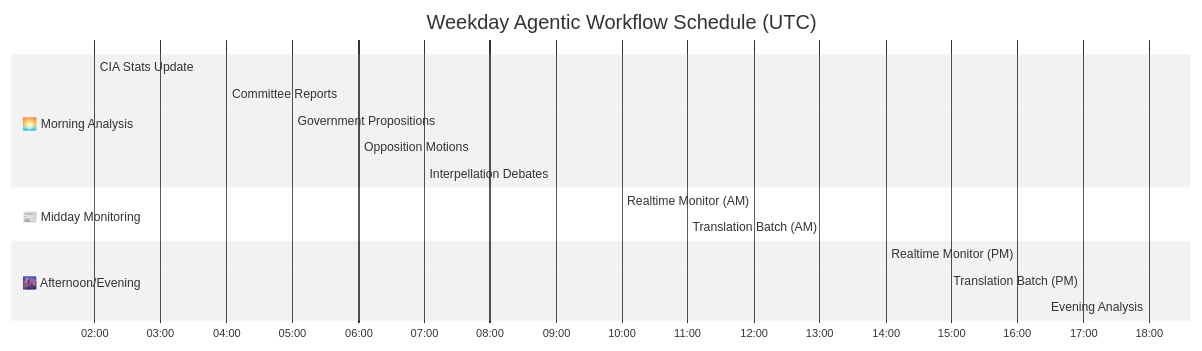
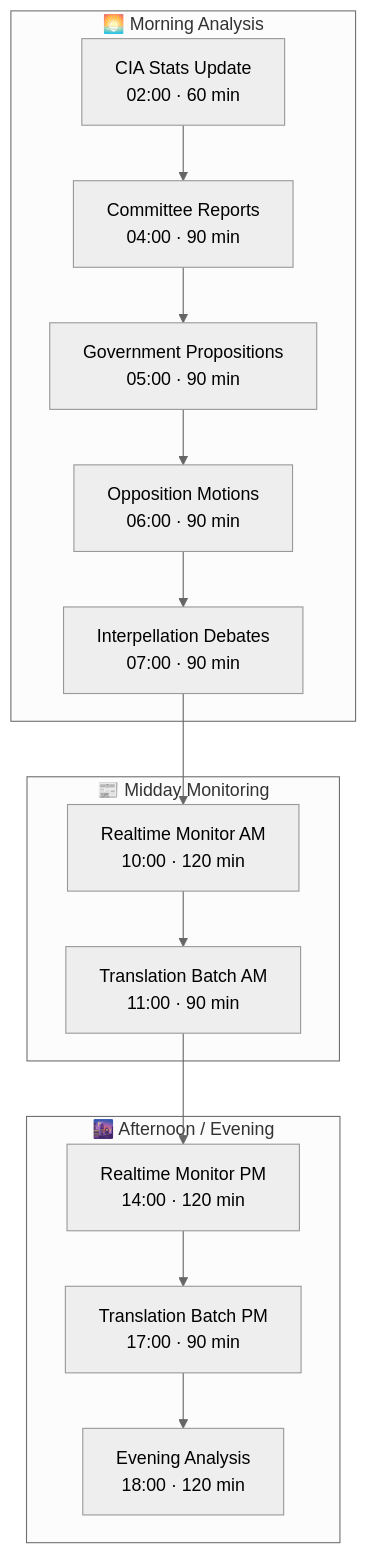
Before and after one commit to Hack23/riksdagsmonitor: the second of 13 diagrams in WORKFLOWS.md, drawn with Mermaid (neutral theme). The commit also changed 1 other file, not shown here.

Commit message:
Fix review round 5: align SOCIETAL IMPACT with canonical definition, convert Gantt to flowchart, fix prohibited patterns slugs
Agent-Logs-Url: https://github.com/Hack23/riksdagsmonitor/sessions/453e7a11-7855-4c96-903e-50bbf9cf5d83

````diff
--- a/WORKFLOWS.md
+++ b/WORKFLOWS.md
@@ -165,22 +165,23 @@
 ```mermaid
-gantt
-    title Weekday Agentic Workflow Schedule (UTC)
-    dateFormat HH:mm
-    axisFormat %H:%M
+flowchart TD
+    subgraph Morning["🌅 Morning Analysis"]
+        A["CIA Stats Update<br/>02:00 · 60 min"]
+        B["Committee Reports<br/>04:00 · 90 min"]
+        C["Government Propositions<br/>05:00 · 90 min"]
+        D["Opposition Motions<br/>06:00 · 90 min"]
+        E["Interpellation Debates<br/>07:00 · 90 min"]
+    end
 
-    section 🌅 Morning Analysis
-    CIA Stats Update           :crit, 02:00, 60min
-    Committee Reports          :active, 04:00, 90min
-    Government Propositions    :active, 05:00, 90min
-    Opposition Motions         :active, 06:00, 90min
-    Interpellation Debates     :active, 07:00, 90min
+    subgraph Midday["📰 Midday Monitoring"]
+        F["Realtime Monitor AM<br/>10:00 · 120 min"]
+        G["Translation Batch AM<br/>11:00 · 90 min"]
+    end
 
-    section 📰 Midday Monitoring
-    Realtime Monitor (AM)      :done, 10:00, 120min
-    Translation Batch (AM)     :done, 11:00, 90min
+    subgraph Evening["🌆 Afternoon / Evening"]
+        H["Realtime Monitor PM<br/>14:00 · 120 min"]
+        I["Translation Batch PM<br/>17:00 · 90 min"]
+        J["Evening Analysis<br/>18:00 · 120 min"]
+    end
 
-    section 🌆 Afternoon/Evening
-    Realtime Monitor (PM)      :done, 14:00, 120min
-    Translation Batch (PM)     :done, 17:00, 90min
-    Evening Analysis           :crit, 18:00, 120min
+    A --> B --> C --> D --> E --> F --> G --> H --> I --> J
 ```
````
